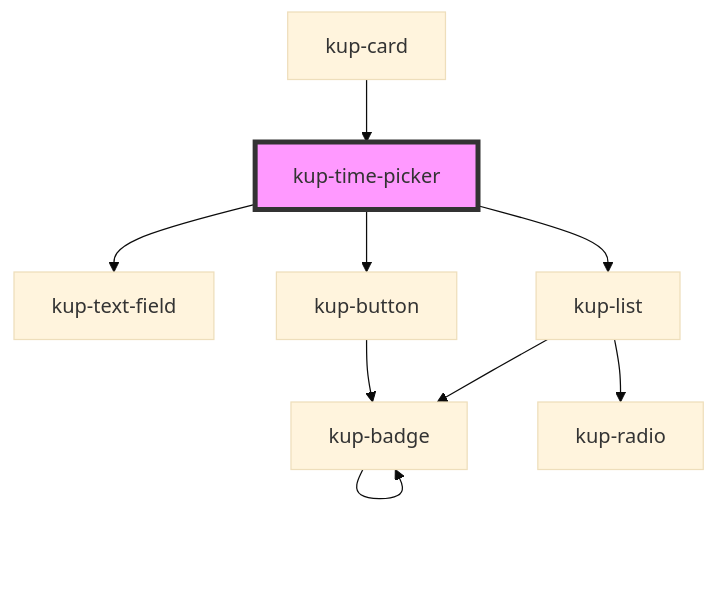
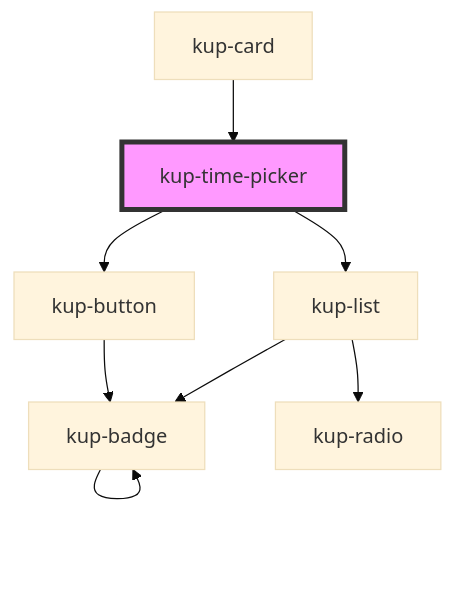
One commit to smeup/ketchup changed the diagram in packages/ketchup/src/components/kup-time-picker/readme.md. Above: the diagram before and after it, drawn with Mermaid (base theme). The commit also changed other lines of this file and 14 other files, not shown here.

Commit message:
kup-time-picker: removed dynamic position.

````diff
--- a/packages/ketchup/src/components/kup-time-picker/readme.md
+++ b/packages/ketchup/src/components/kup-time-picker/readme.md
@@ -110,12 +109,11 @@
 ```mermaid
 graph TD;
-  kup-time-picker --> kup-text-field
   kup-time-picker --> kup-button
   kup-time-picker --> kup-list
   kup-button --> kup-badge
   kup-badge --> kup-badge
   kup-list --> kup-radio
   kup-list --> kup-badge
   kup-card --> kup-time-picker
   style kup-time-picker fill:#f9f,stroke:#333,stroke-width:4px
 ```
````
